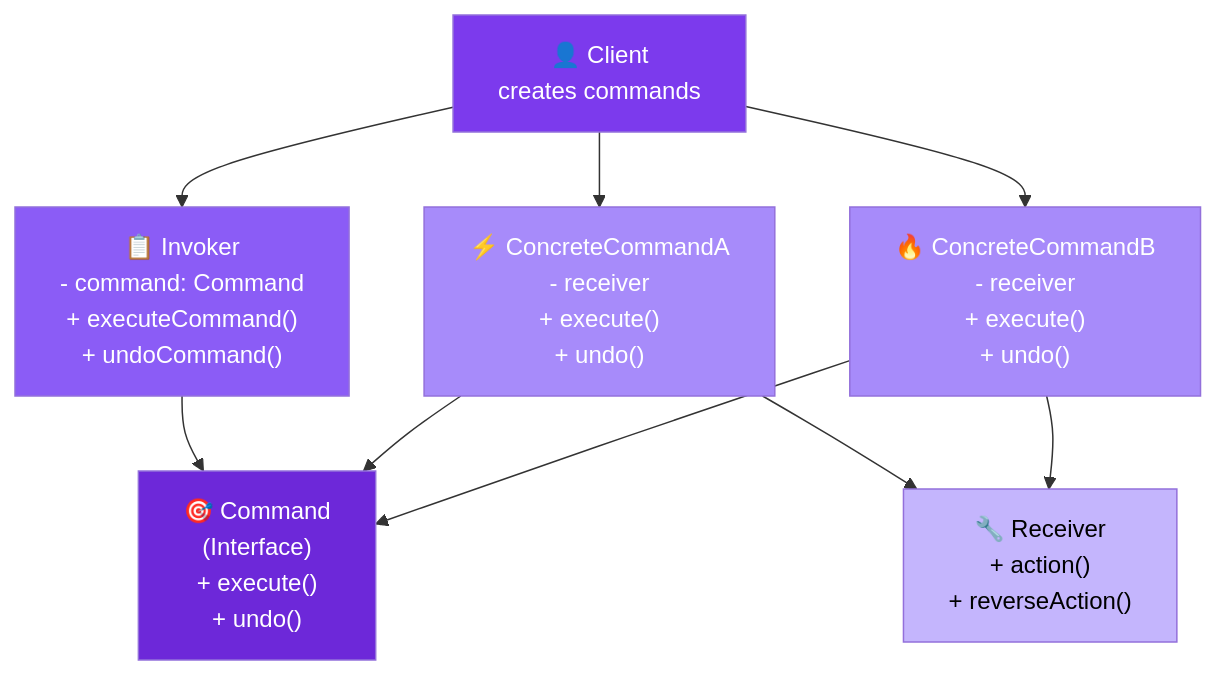
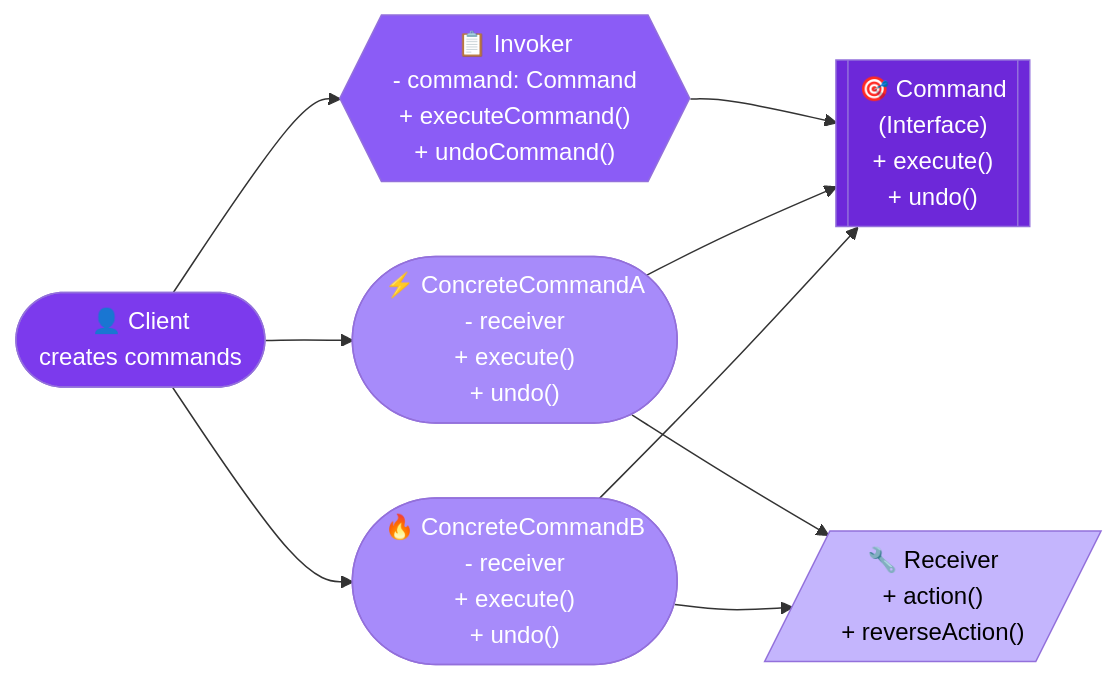
The second of 3 diagrams in docs/designpatterns/behaviouralDesignPatterns/CommandDp.md (saivamsikaruturi/vamsilabs-dev-notes-main), drawn with Mermaid before and after one commit. The commit also changed other lines of this file and 146 other files, not shown here.

Commit message:
Horizontal diagrams, UML class diagrams, typography overhaul, and permalink cleanup

````diff
--- a/docs/designpatterns/behaviouralDesignPatterns/CommandDp.md
+++ b/docs/designpatterns/behaviouralDesignPatterns/CommandDp.md
@@ -32,25 +32,25 @@
 ```mermaid
-flowchart TD
-    Client["👤 Client\ncreates commands"]
-    Invoker["📋 Invoker\n- command: Command\n+ executeCommand()\n+ undoCommand()"]
-    Command["🎯 Command\n(Interface)\n+ execute()\n+ undo()"]
-    ConcreteCommandA["⚡ ConcreteCommandA\n- receiver\n+ execute()\n+ undo()"]
-    ConcreteCommandB["🔥 ConcreteCommandB\n- receiver\n+ execute()\n+ undo()"]
-    Receiver["🔧 Receiver\n+ action()\n+ reverseAction()"]
+flowchart LR
+    Client(["👤 Client\ncreates commands"])
+    Invoker{{"📋 Invoker\n- command: Command\n+ executeCommand()\n+ undoCommand()"}}
+    Command[["🎯 Command\n(Interface)\n+ execute()\n+ undo()"]]
+    ConcreteCommandA(["⚡ ConcreteCommandA\n- receiver\n+ execute()\n+ undo()"])
+    ConcreteCommandB(["🔥 ConcreteCommandB\n- receiver\n+ execute()\n+ undo()"])
+    Receiver[/"🔧 Receiver\n+ action()\n+ reverseAction()"/]
 
     Client --> Invoker
     Client --> ConcreteCommandA
     Client --> ConcreteCommandB
     Invoker --> Command
     ConcreteCommandA --> Command
     ConcreteCommandB --> Command
     ConcreteCommandA --> Receiver
     ConcreteCommandB --> Receiver
 
     style Client fill:#7c3aed,color:#fff
     style Invoker fill:#8b5cf6,color:#fff
     style Command fill:#6d28d9,color:#fff
     style ConcreteCommandA fill:#a78bfa,color:#fff
     style ConcreteCommandB fill:#a78bfa,color:#fff
     style Receiver fill:#c4b5fd,color:#000
 ```
````
